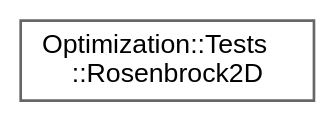
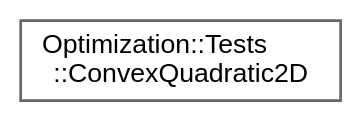
Before and after one commit to jswoo0615/Algorithms_for_Optimization_cpp: the diagram in inherit_graph_67.dot, drawn with Graphviz. The commit also changed 80 other files, not shown here.

```diff
--- a/inherit_graph_67.dot
+++ b/inherit_graph_67.dot
@@ -1,9 +1,9 @@
 digraph "Graphical Class Hierarchy"
 {
  // LATEX_PDF_SIZE
   bgcolor="transparent";
   edge [fontname=Helvetica,fontsize=10,labelfontname=Helvetica,labelfontsize=10];
   node [fontname=Helvetica,fontsize=10,shape=box,height=0.2,width=0.4];
   rankdir="LR";
-  Node0 [id="Node000000",label="Optimization::Tests\l::Rosenbrock2D",height=0.2,width=0.4,color="grey40", fillcolor="white", style="filled",URL="$structOptimization_1_1Tests_1_1Rosenbrock2D.html",tooltip=" "];
+  Node0 [id="Node000000",label="Optimization::Tests\l::ConvexQuadratic2D",height=0.2,width=0.4,color="grey40", fillcolor="white", style="filled",URL="$structOptimization_1_1Tests_1_1ConvexQuadratic2D.html",tooltip=" "];
 }
```
